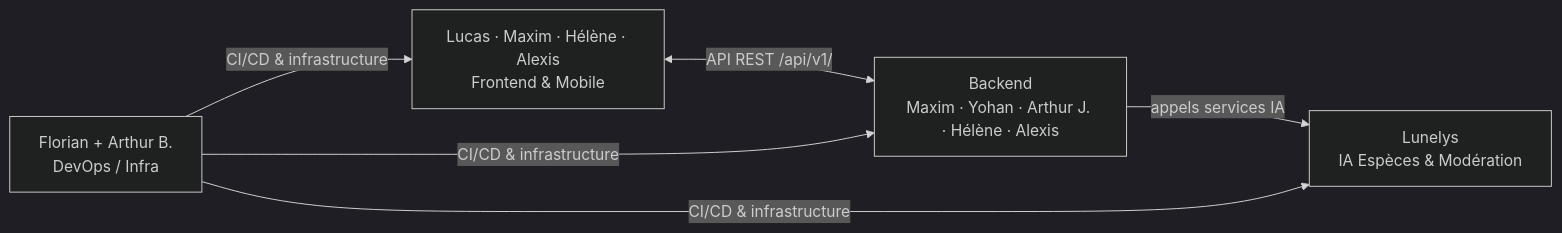
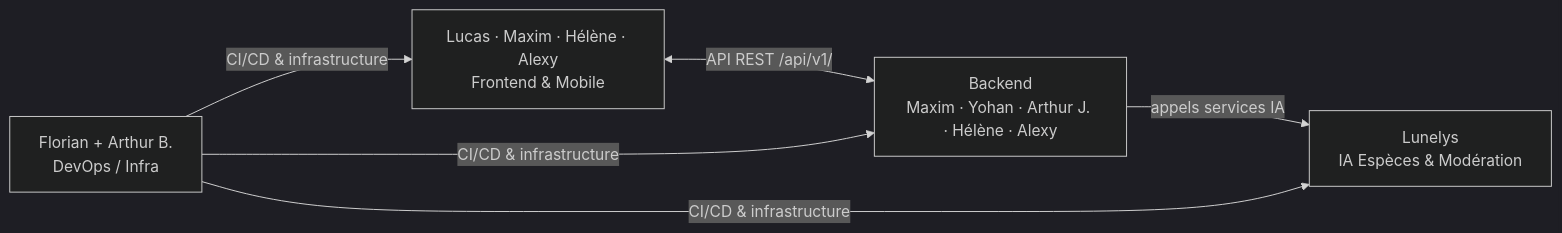
Before and after one commit to Traily-org/Docs: the second of 2 diagrams in docs/OBS.md, drawn with Mermaid (dark theme). The commit also changed other lines of this file, not shown here.

Commit message:
docs(TRA-111): fix Alexy's name in OBS

````diff
--- a/docs/OBS.md
+++ b/docs/OBS.md
@@ -192,13 +192,13 @@
 ```mermaid
 graph LR
-    FE["Lucas · Maxim · Hélène · Alexis\nFrontend & Mobile"]
-    BE["Backend\nMaxim · Yohan · Arthur J. · Hélène · Alexis"]
+    FE["Lucas · Maxim · Hélène · Alexy\nFrontend & Mobile"]
+    BE["Backend\nMaxim · Yohan · Arthur J. · Hélène · Alexy"]
     AJ["Lunelys\nIA Espèces & Modération"]
     DO["Florian + Arthur B.\nDevOps / Infra"]
 
     FE <-->|"API REST /api/v1/"| BE
     BE -->|"appels services IA"| AJ
     DO -->|"CI/CD & infrastructure"| FE
     DO -->|"CI/CD & infrastructure"| BE
     DO -->|"CI/CD & infrastructure"| AJ
 ```
````
